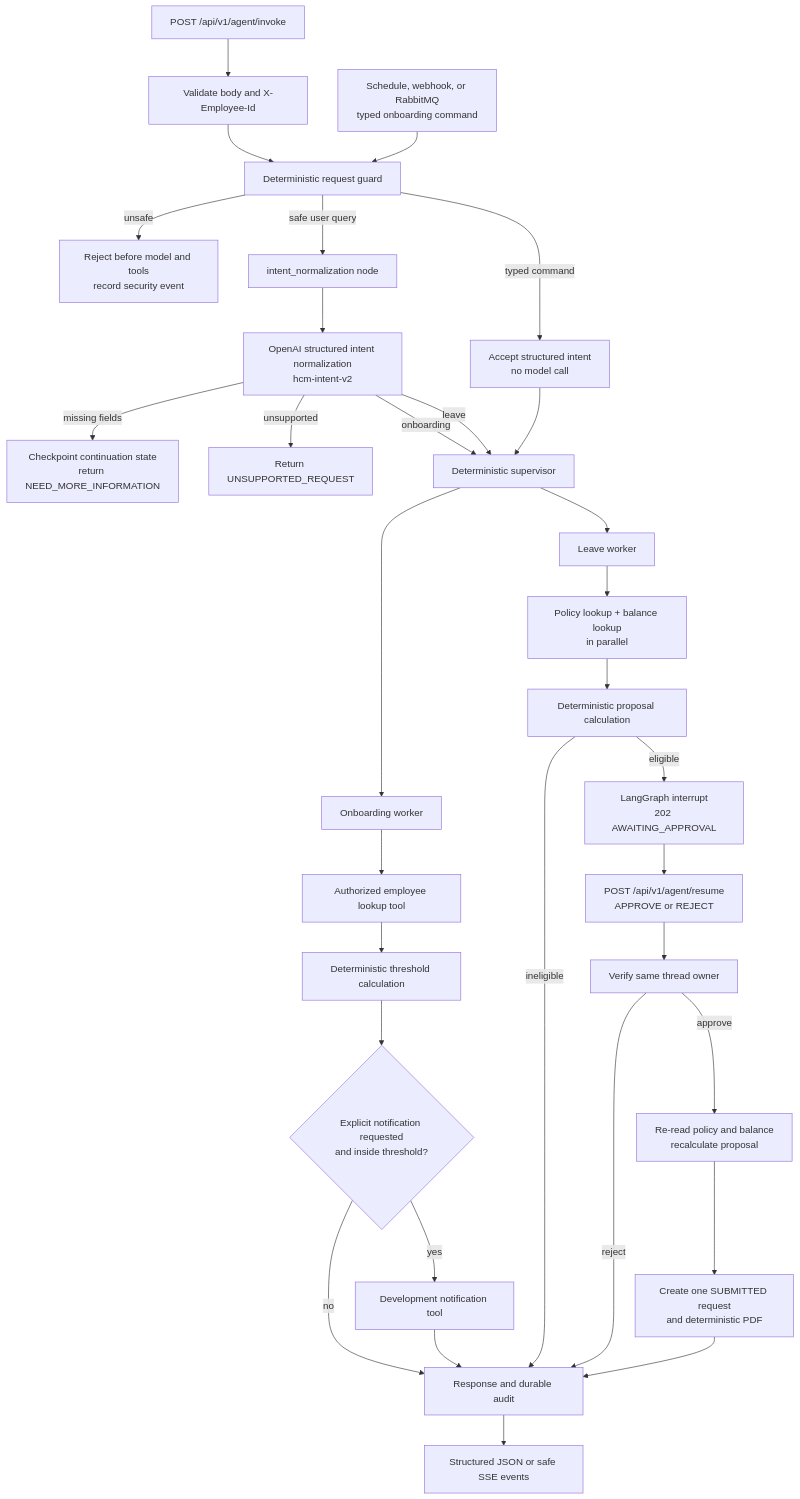
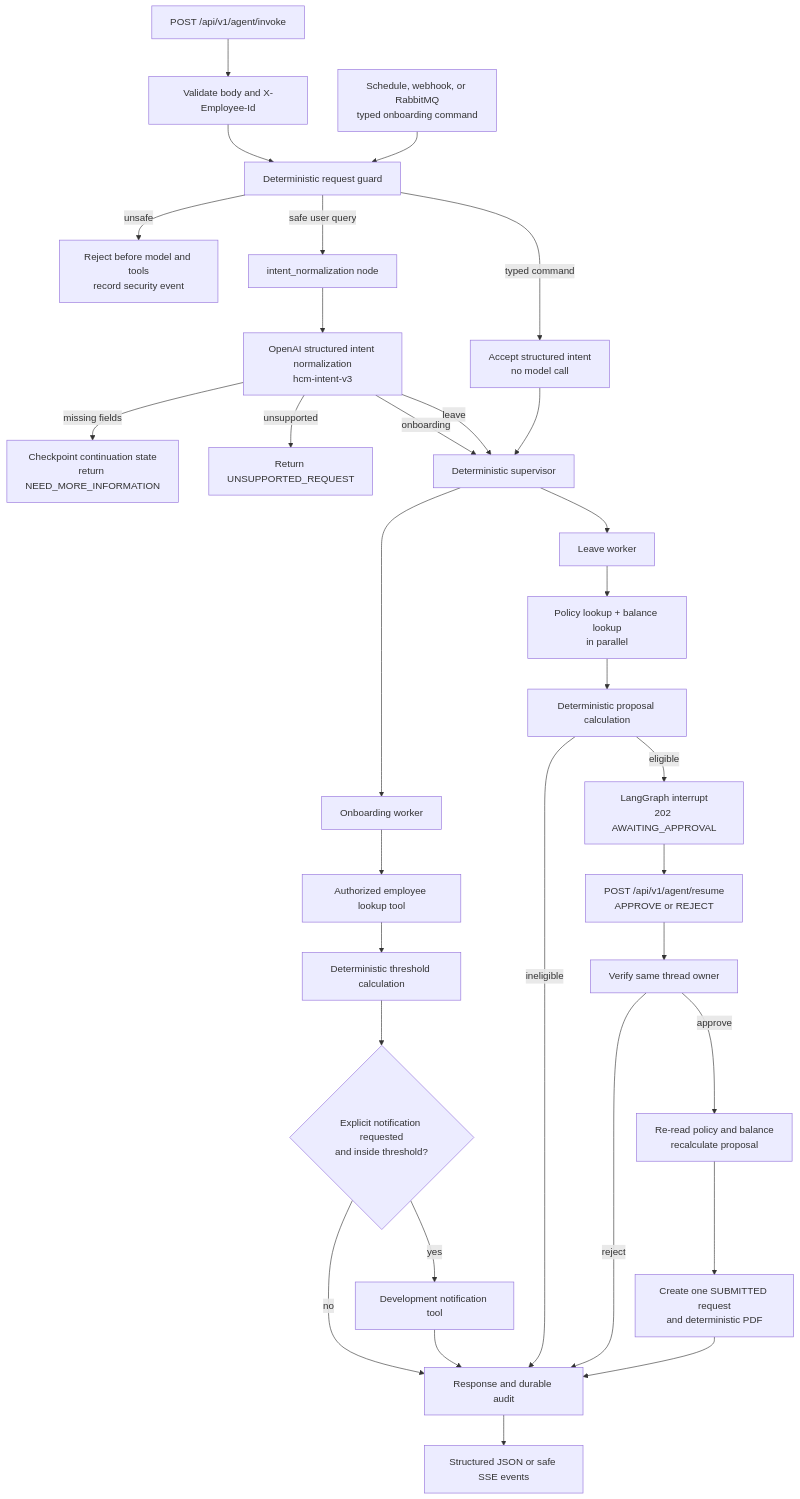
The second of 4 diagrams in README.md (ramioooz/hcm-agentic-llmops), drawn with Mermaid before and after one commit. The commit also changed other lines of this file and 6 other files, not shown here.

````diff
--- a/README.md
+++ b/README.md
@@ -177,39 +177,39 @@
 ```mermaid
 flowchart TD
     Request["POST /api/v1/agent/invoke"] --> Validate["Validate body and X-Employee-Id"]
     Validate --> Guard["Deterministic request guard"]
     Guard -->|"unsafe"| SecurityEvent["Reject before model and tools<br/>record security event"]
     Guard -->|"safe user query"| IntentNode["intent_normalization node"]
-    IntentNode --> Normalize["OpenAI structured intent normalization<br/>hcm-intent-v2"]
+    IntentNode --> Normalize["OpenAI structured intent normalization<br/>hcm-intent-v3"]
 
     Normalize -->|"missing fields"| NeedInfo["Checkpoint continuation state<br/>return NEED_MORE_INFORMATION"]
     Normalize -->|"unsupported"| Unsupported["Return UNSUPPORTED_REQUEST"]
     Normalize -->|"onboarding"| Supervisor["Deterministic supervisor"]
     Normalize -->|"leave"| Supervisor
 
     Supervisor --> Onboarding["Onboarding worker"]
     Onboarding --> EmployeeLookup["Authorized employee lookup tool"]
     EmployeeLookup --> ReviewCalc["Deterministic threshold calculation"]
     ReviewCalc --> NotificationDecision{"Explicit notification requested<br/>and inside threshold?"}
     NotificationDecision -->|"yes"| Notify["Development notification tool"]
     NotificationDecision -->|"no"| ResponseAudit["Response and durable audit"]
     Notify --> ResponseAudit
 
     Supervisor --> Leave["Leave worker"]
     Leave --> Parallel["Policy lookup + balance lookup<br/>in parallel"]
     Parallel --> Proposal["Deterministic proposal calculation"]
     Proposal -->|"ineligible"| ResponseAudit
     Proposal -->|"eligible"| Interrupt["LangGraph interrupt<br/>202 AWAITING_APPROVAL"]
     Interrupt --> Resume["POST /api/v1/agent/resume<br/>APPROVE or REJECT"]
     Resume --> Owner["Verify same thread owner"]
     Owner -->|"reject"| ResponseAudit
     Owner -->|"approve"| Revalidate["Re-read policy and balance<br/>recalculate proposal"]
     Revalidate --> Create["Create one SUBMITTED request<br/>and deterministic PDF"]
     Create --> ResponseAudit
 
     ResponseAudit --> Output["Structured JSON or safe SSE events"]
 
     Technical["Schedule, webhook, or RabbitMQ<br/>typed onboarding command"] --> Guard
     Guard -->|"typed command"| TechnicalIntake["Accept structured intent<br/>no model call"]
     TechnicalIntake --> Supervisor
 ```
````
